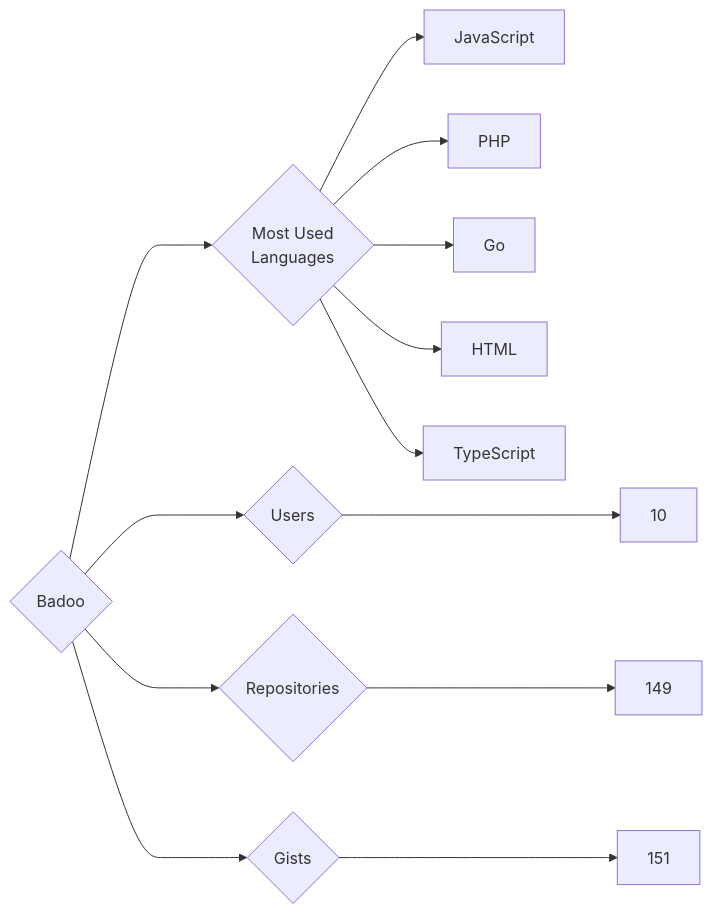
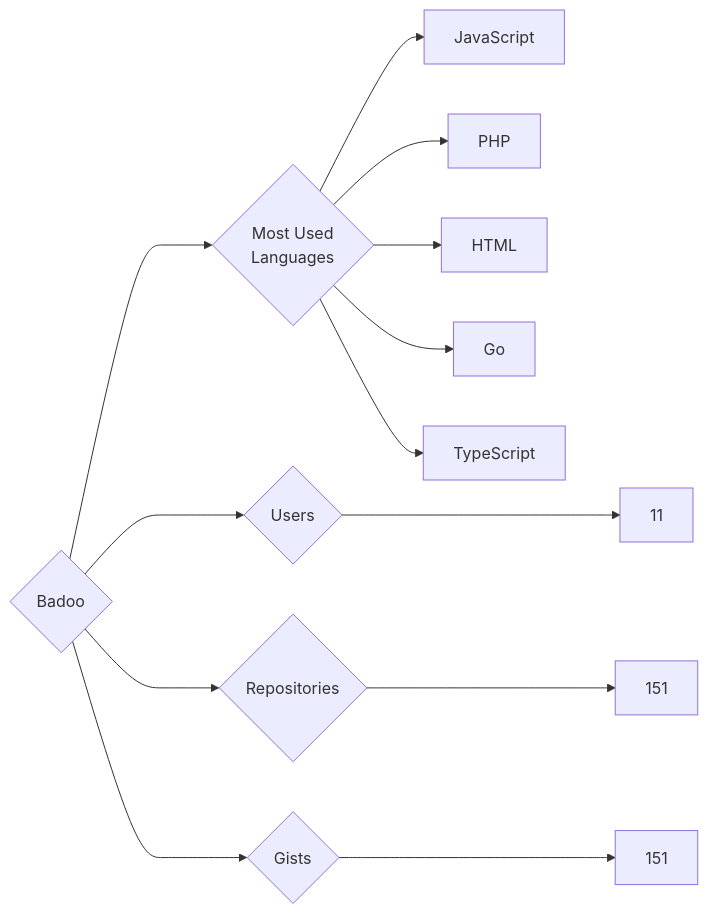
The diagram in targets/Badoo/README.md (trickest/insiders), drawn with Mermaid before and after one commit. The commit also changed 773 other files, not shown here.

````diff
--- a/targets/Badoo/README.md
+++ b/targets/Badoo/README.md
@@ -3,13 +3,13 @@
 ```mermaid
 graph LR
 COMPANY_NAME{Badoo}
-COMPANY_NAME ---> U{Users} ---> UN[10]
-COMPANY_NAME ---> R{Repositories} ---> RN[149]
+COMPANY_NAME ---> U{Users} ---> UN[11]
+COMPANY_NAME ---> R{Repositories} ---> RN[151]
 COMPANY_NAME ---> G{Gists} ---> GN[151]
 COMPANY_NAME ---> ML{Most Used<br>Languages}
 ML --> JavaScript[JavaScript]
 ML --> PHP[PHP]
+ML --> HTML[HTML]
 ML --> Go[Go]
-ML --> HTML[HTML]
 ML --> TypeScript[TypeScript]
 ```
````
